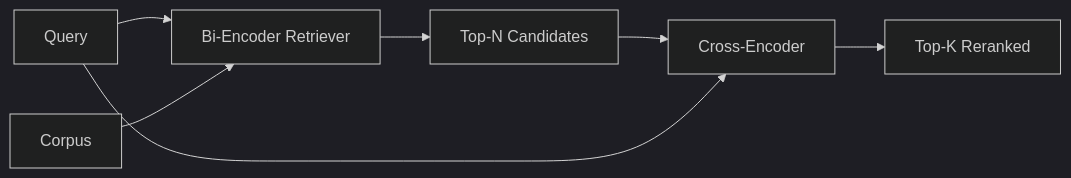
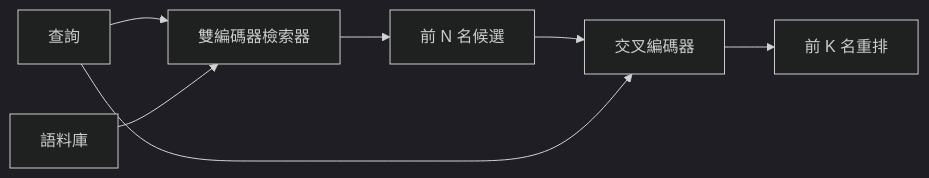
One commit to edward821220/ai-engineering-from-scratch changed the diagram in i18n/zh-TW/phases/19-capstone-projects/66-reranker-cross-encoder/docs/zh-TW.md. Above: the diagram before and after it, drawn with Mermaid (dark theme). The commit also changed other lines of this file and 25 other files, not shown here.

````diff
--- a/i18n/zh-TW/phases/19-capstone-projects/66-reranker-cross-encoder/docs/zh-TW.md
+++ b/i18n/zh-TW/phases/19-capstone-projects/66-reranker-cross-encoder/docs/zh-TW.md
@@ -30,9 +30,9 @@
 ```mermaid
 flowchart LR
-  Query[Query] --> Bi[Bi-Encoder Retriever]
-  Corpus[Corpus] --> Bi
-  Bi --> TopN[Top-N Candidates]
-  TopN --> Cross[Cross-Encoder]
+  Query[查詢] --> Bi[雙編碼器檢索器]
+  Corpus[語料庫] --> Bi
+  Bi --> TopN[前 N 名候選]
+  TopN --> Cross[交叉編碼器]
   Query --> Cross
-  Cross --> TopK[Top-K Reranked]
+  Cross --> TopK[前 K 名重排]
 ```
````
